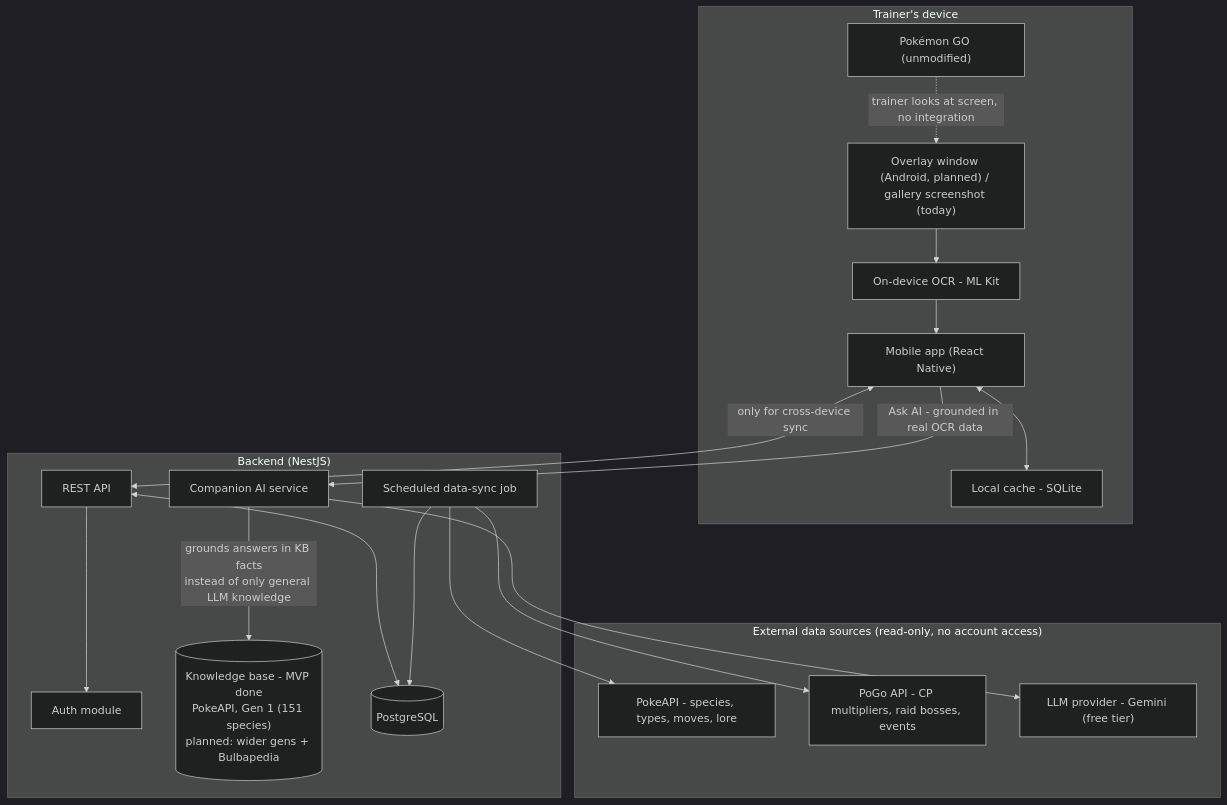
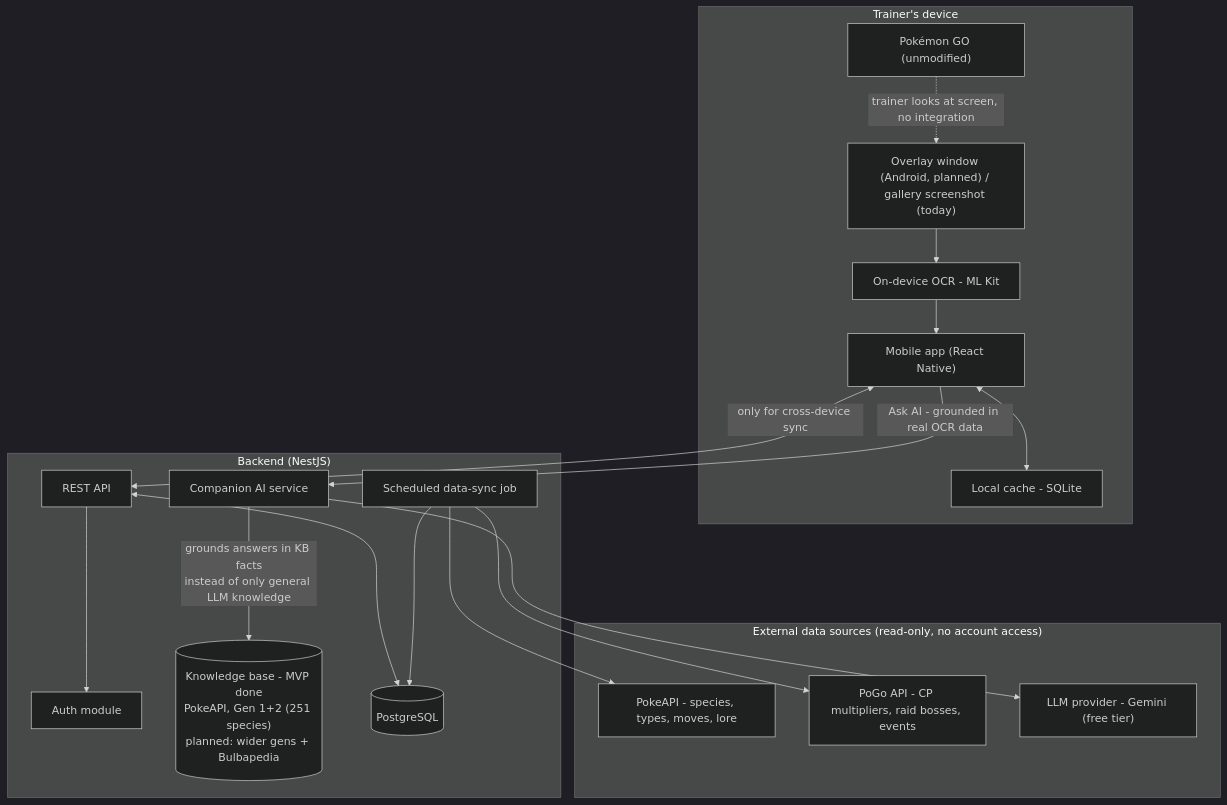
Before and after one commit to leodah20/pokemon-trainer-companion: the diagram in docs/architecture.md, drawn with Mermaid (dark theme). The commit also changed other lines of this file and 4 other files, not shown here.

First line of the commit message:
feat: extend the AI knowledge base to all 251 Gen 1+2 species

````diff
--- a/docs/architecture.md
+++ b/docs/architecture.md
@@ -10,39 +10,39 @@
 ```mermaid
 flowchart TB
     subgraph Device["Trainer's device"]
         PogoApp["Pokémon GO (unmodified)"]
         Overlay["Overlay window (Android, planned) / gallery screenshot (today)"]
         OCR["On-device OCR - ML Kit"]
         LocalDB["Local cache - SQLite"]
         MobileApp["Mobile app (React Native)"]
     end
 
     subgraph Cloud["Backend (NestJS)"]
         API["REST API"]
         Auth["Auth module"]
         SyncJob["Scheduled data-sync job"]
         Companion["Companion AI service"]
-        KB[("Knowledge base - MVP done\nPokeAPI, Gen 1 (151 species)\nplanned: wider gens + Bulbapedia")]
+        KB[("Knowledge base - MVP done\nPokeAPI, Gen 1+2 (251 species)\nplanned: wider gens + Bulbapedia")]
         Postgres[("PostgreSQL")]
     end
 
     subgraph External["External data sources (read-only, no account access)"]
         PokeAPI["PokeAPI - species, types, moves, lore"]
         PoGoAPI["PoGo API - CP multipliers, raid bosses, events"]
         LLM["LLM provider - Gemini (free tier)"]
     end
 
     PogoApp -. "trainer looks at screen, no integration" .-> Overlay
     Overlay --> OCR
     OCR --> MobileApp
     MobileApp <--> LocalDB
     MobileApp <-- "only for cross-device sync" --> API
     MobileApp -- "Ask AI - grounded in real OCR data" --> Companion
     Companion --> LLM
     Companion -- "grounds answers in KB facts\ninstead of only general LLM knowledge" --> KB
     API --> Auth
     API <--> Postgres
     SyncJob --> PokeAPI
     SyncJob --> PoGoAPI
     SyncJob --> Postgres
 ```
````
